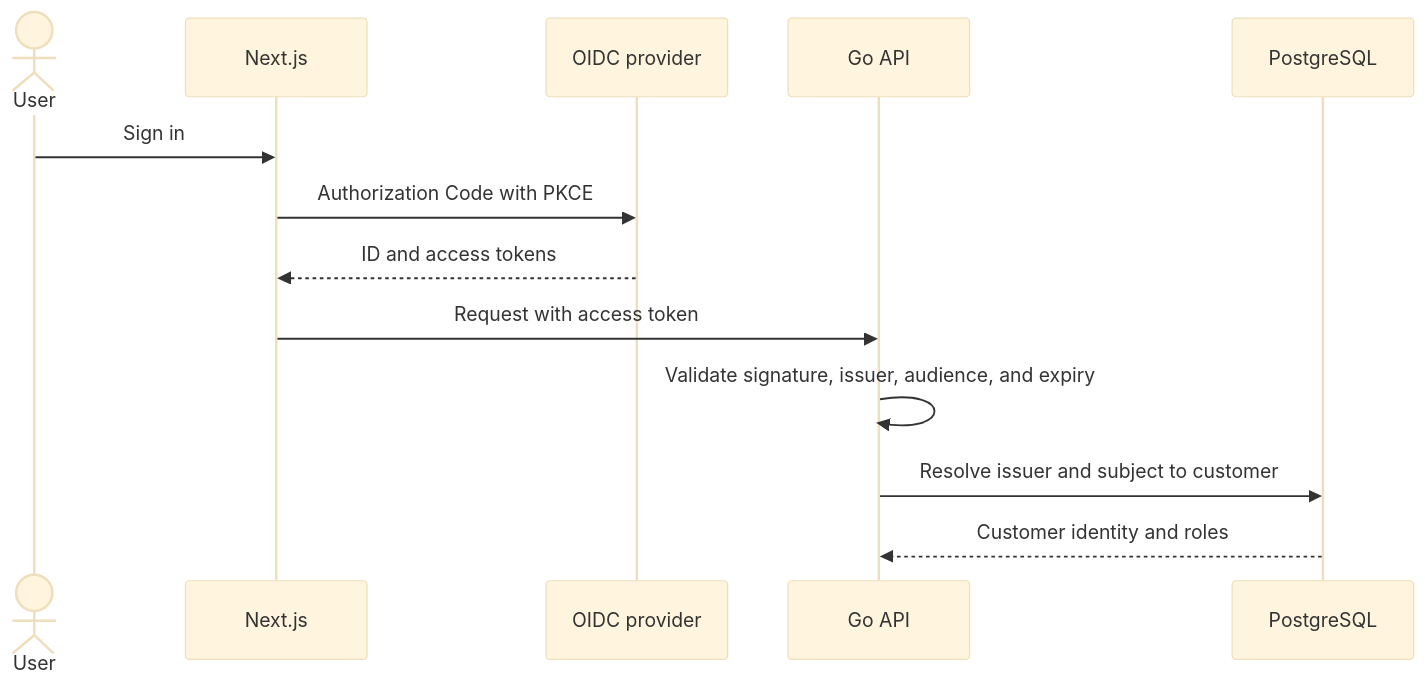
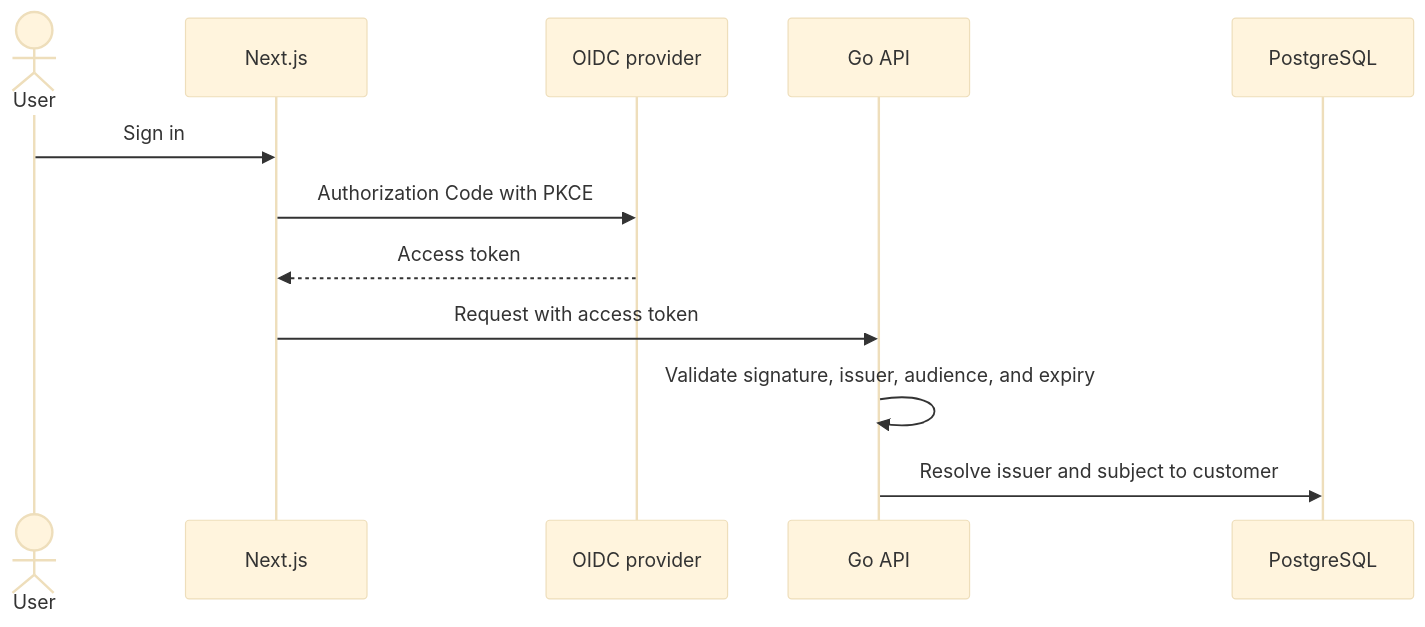
The third of 6 diagrams in docs/system-design.md (trmaphi/booking-scheduler), drawn with Mermaid (base theme) before and after one commit. The commit also changed other lines of this file and 1 other file, not shown here.

````diff
--- a/docs/system-design.md
+++ b/docs/system-design.md
@@ -27,16 +93,15 @@
 ```mermaid
 sequenceDiagram
     actor User
     participant Web as Next.js
     participant IdP as OIDC provider
     participant API as Go API
     participant DB as PostgreSQL
 
     User->>Web: Sign in
     Web->>IdP: Authorization Code with PKCE
-    IdP-->>Web: ID and access tokens
+    IdP-->>Web: Access token
     Web->>API: Request with access token
     API->>API: Validate signature, issuer, audience, and expiry
     API->>DB: Resolve issuer and subject to customer
-    DB-->>API: Customer identity and roles
 ```
````
